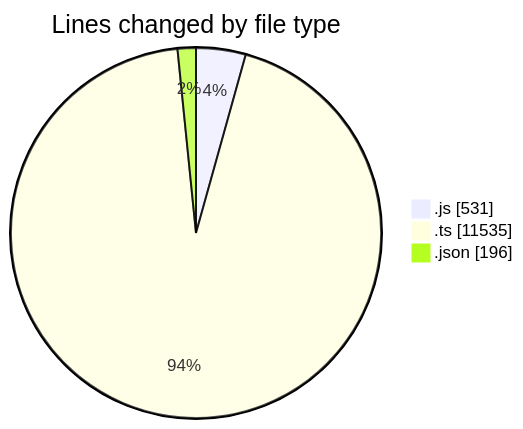
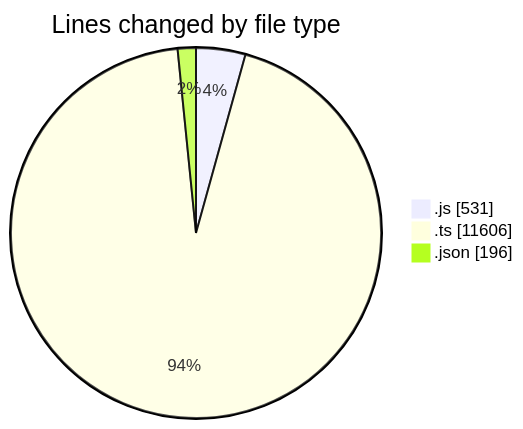
Before and after one commit to momahboobian/code-tracking: the first of 2 diagrams in 2025-05-29/cda/README.md, drawn with Mermaid. The commit also changed other lines of this file and 1 other file, not shown here.

````diff
--- a/2025-05-29/cda/README.md
+++ b/2025-05-29/cda/README.md
@@ -29,7 +30,7 @@
 ```mermaid
 pie showData
 title Lines changed by file type
 ".js" : 531
-".ts" : 11535
+".ts" : 11606
 ".json" : 196
 ```
````
